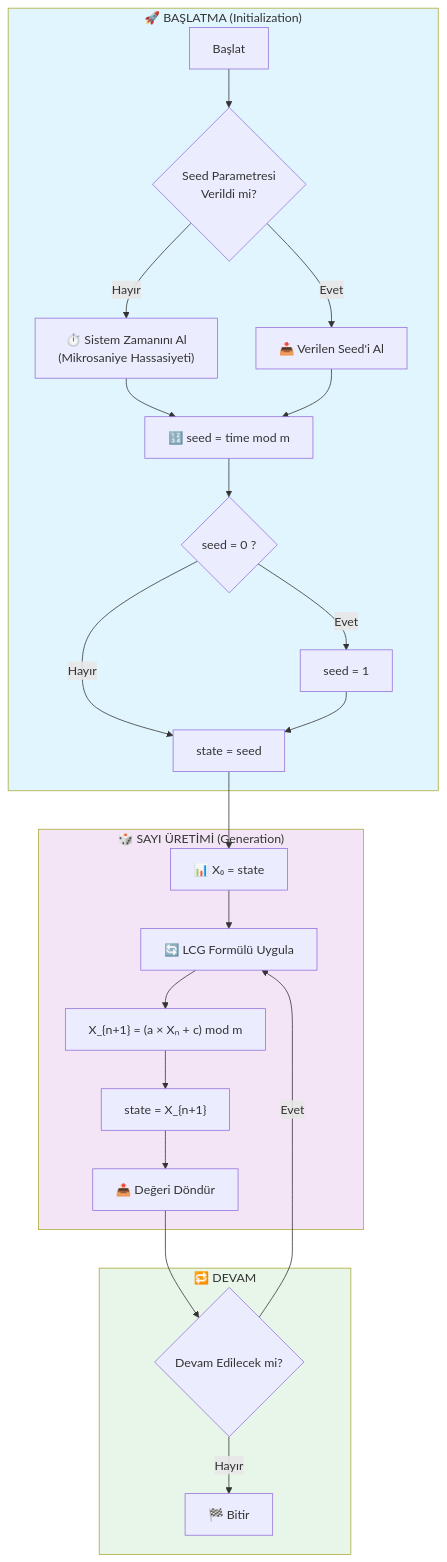
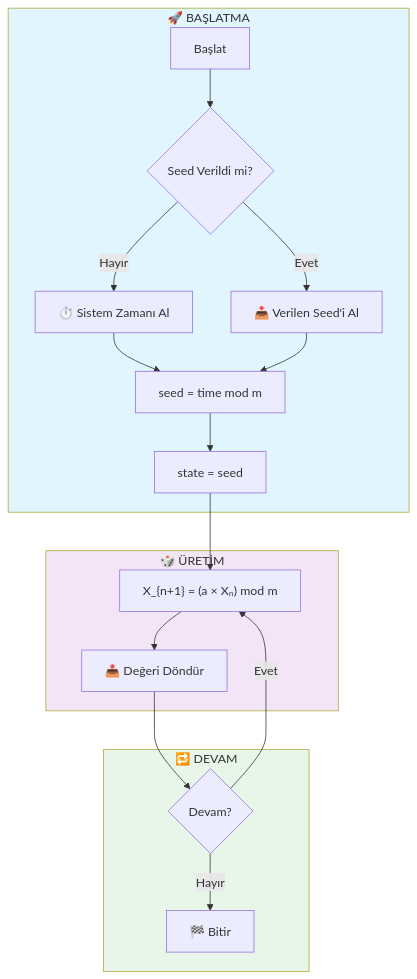
One commit to Samet230/Rastgele_Sayi_Ureteci changed the first of 9 diagrams in docs/FLOWCHART.md. Above: the diagram before and after it, drawn with Mermaid. The commit also changed other lines of this file and 3 other files, not shown here.

````diff
--- a/docs/FLOWCHART.md
+++ b/docs/FLOWCHART.md
@@ -10,32 +12,26 @@
 ```mermaid
 flowchart TD
-    subgraph INITIALIZATION["🚀 BAŞLATMA (Initialization)"]
-        A[Başlat] --> B{Seed Parametresi<br/>Verildi mi?}
-        B -->|Hayır| C["⏱️ Sistem Zamanını Al<br/>(Mikrosaniye Hassasiyeti)"]
+    subgraph INIT["🚀 BAŞLATMA"]
+        A[Başlat] --> B{Seed Verildi mi?}
+        B -->|Hayır| C["⏱️ Sistem Zamanı Al"]
         B -->|Evet| D["📥 Verilen Seed'i Al"]
-        C --> E["🔢 seed = time mod m"]
+        C --> E["seed = time mod m"]
         D --> E
-        E --> F{seed = 0 ?}
-        F -->|Evet| G["seed = 1"]
-        F -->|Hayır| H["state = seed"]
-        G --> H
+        E --> F["state = seed"]
     end
     
-    subgraph GENERATION["🎲 SAYI ÜRETİMİ (Generation)"]
-        H --> I["📊 X₀ = state"]
-        I --> J["🔄 LCG Formülü Uygula"]
-        J --> K["X_{n+1} = (a × Xₙ + c) mod m"]
-        K --> L["state = X_{n+1}"]
-        L --> M["📤 Değeri Döndür"]
+    subgraph GEN["🎲 ÜRETİM"]
+        F --> G["X_{n+1} = (a × Xₙ) mod m"]
+        G --> H["📤 Değeri Döndür"]
     end
     
-    subgraph CONTINUE["🔁 DEVAM"]
-        M --> N{Devam Edilecek mi?}
-        N -->|Evet| J
-        N -->|Hayır| O["🏁 Bitir"]
+    subgraph LOOP["🔁 DEVAM"]
+        H --> I{Devam?}
+        I -->|Evet| G
+        I -->|Hayır| J["🏁 Bitir"]
     end
     
-    style INITIALIZATION fill:#e1f5fe
-    style GENERATION fill:#f3e5f5
-    style CONTINUE fill:#e8f5e9
+    style INIT fill:#e1f5fe
+    style GEN fill:#f3e5f5
+    style LOOP fill:#e8f5e9
 ```
````
